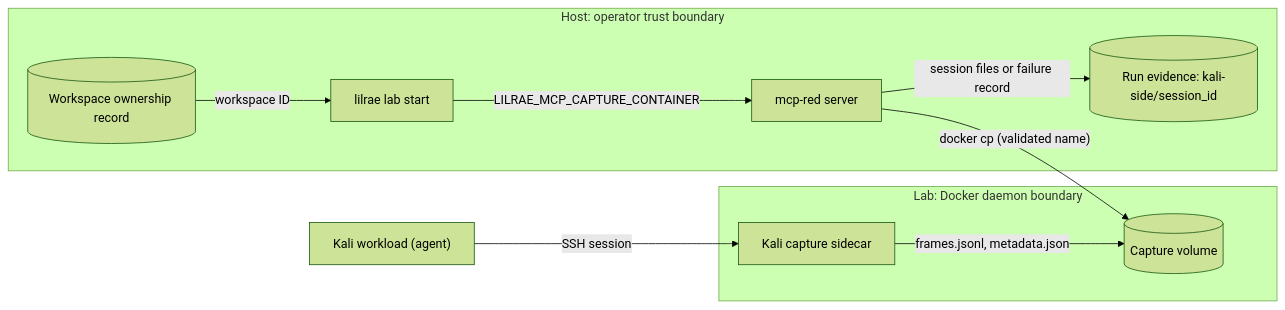
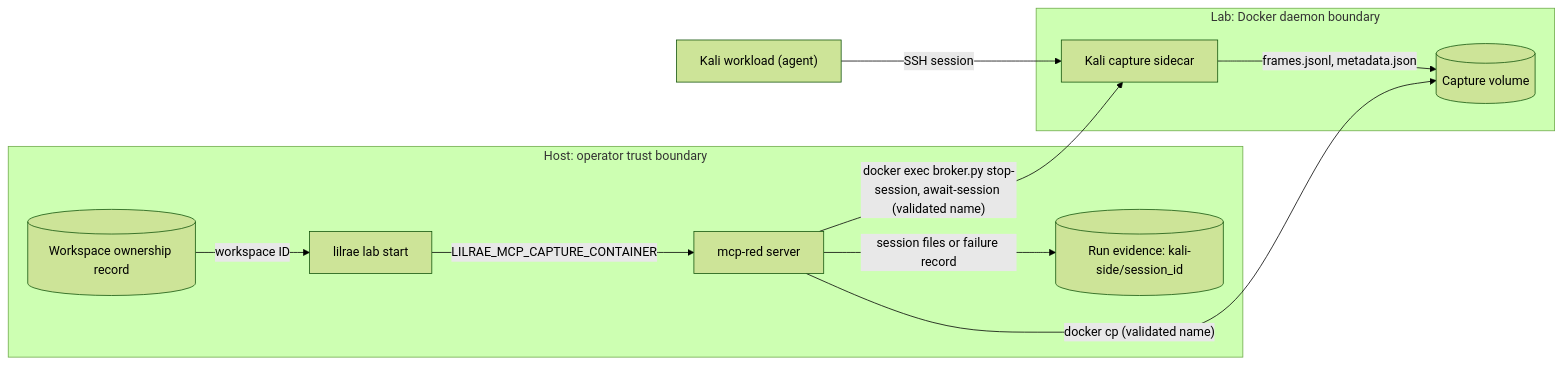
The diagram in docs/components/kali-redteam.md (OpenRAE/lilrae), drawn with Mermaid (forest theme) before and after one commit. The commit also changed other lines of this file and 15 other files, not shown here.

Commit message:
fix(mcp): copy a capture session once, after the broker confirms its metadata

````diff
--- a/docs/components/kali-redteam.md
+++ b/docs/components/kali-redteam.md
@@ -152,20 +165,21 @@
 ```mermaid
 flowchart LR
   subgraph host["Host: operator trust boundary"]
     start["lilrae lab start"]
     owner[("Workspace ownership record")]
     mcp["mcp-red server"]
     runs[("Run evidence: kali-side/session_id")]
   end
   subgraph lab["Lab: Docker daemon boundary"]
     sidecar["Kali capture sidecar"]
     vol[("Capture volume")]
   end
   kali["Kali workload (agent)"]
   owner -- "workspace ID" --> start
   start -- "LILRAE_MCP_CAPTURE_CONTAINER" --> mcp
   kali -- "SSH session" --> sidecar
   sidecar -- "frames.jsonl, metadata.json" --> vol
+  mcp -- "docker exec broker.py stop-session, await-session (validated name)" --> sidecar
   mcp -- "docker cp (validated name)" --> vol
   mcp -- "session files or failure record" --> runs
 ```
````
